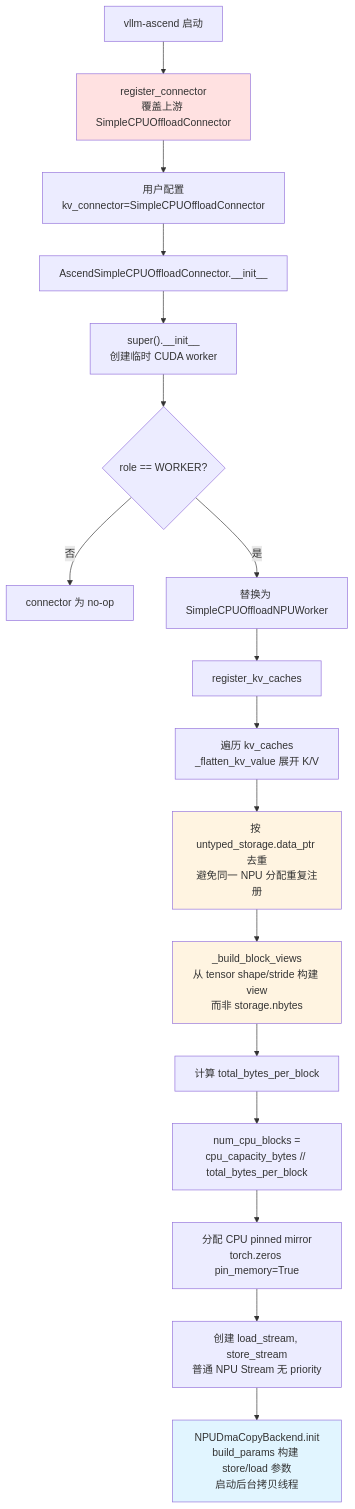
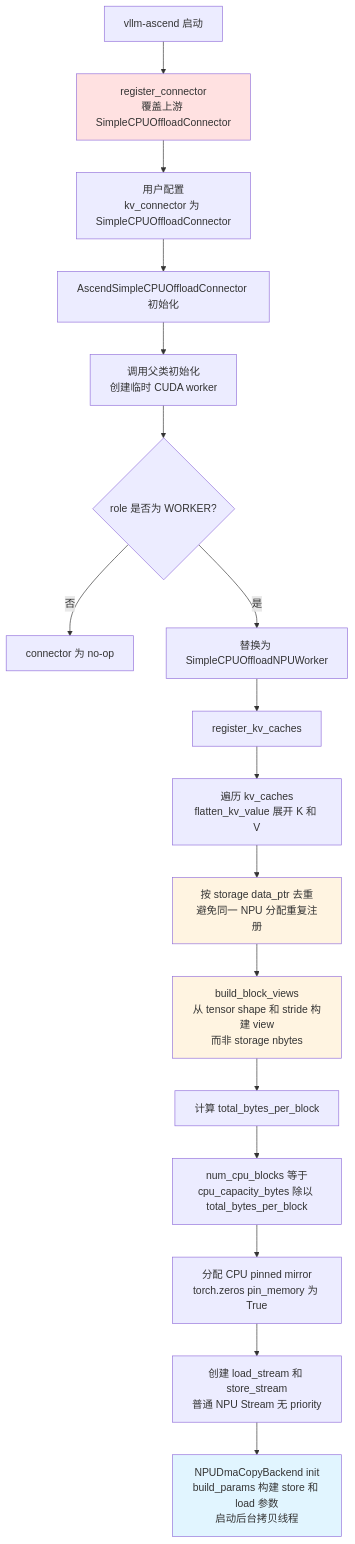
The sixth of 15 diagrams in kv-cache-cpu-offloading/02_kv-cache-cpu-offload-detailed.zh.md (Rugu7/AiNotes), drawn with Mermaid before and after one commit. The commit also changed 2 other files, not shown here.

Commit message:
fix: 彻底修复 3 个 mermaid 图表渲染问题
上次修复仅加了双引号，但 GitHub mermaid 渲染器对引号内的特殊字符
序列仍有解析问题。本次修复移除了所有可能引起歧义的特殊字符：

- 02_kv-cache-cpu-offload-detailed 3.2 节:
  - 移除 __init__ 双下划线、// 双斜杠、= 等号、/ 斜杠
  - super().__init__ -> 调用父类初始化
  - cpu_capacity_bytes // total_bytes_per_block -> cpu_capacity_bytes 除以 total_bytes_per_block
  - shape/stride -> shape 和 stride
  - kv_connector=SimpleCPUOffloadConnector -> kv_connector 为 SimpleCPUOffloadConnector

- 04_kv-cache-offload-observability-and-tests 六节:
  - 移除 / 斜杠（被 mermaid 误解析为路径分隔符）
  - transfer_size/time/type -> transfer size time type
  - cpu swap space/num blocks/rank -> cpu swap space 和 num blocks 和 rank
  - /dev/shm -> dev shm

- 01_kv-cache-history-and-evolution 9.5 节:
  - 移除 / 斜杠和 () 括号
  - NPU/GPU -> NPU 和 GPU
  - O(1) -> O 1
  - RDMA/SSD -> RDMA 和 SSD
  - P/D -> P D

修复保证逻辑含义不变，仅调整表述方式以兼容 mermaid 语法

````diff
--- a/kv-cache-cpu-offloading/02_kv-cache-cpu-offload-detailed.zh.md
+++ b/kv-cache-cpu-offloading/02_kv-cache-cpu-offload-detailed.zh.md
@@ -288,26 +288,26 @@
 ```mermaid
 flowchart TD
     A["vllm-ascend 启动"] --> B["register_connector<br/>覆盖上游 SimpleCPUOffloadConnector"]
-    B --> C["用户配置<br/>kv_connector=SimpleCPUOffloadConnector"]
+    B --> C["用户配置<br/>kv_connector 为 SimpleCPUOffloadConnector"]
 
-    C --> D["AscendSimpleCPUOffloadConnector.__init__"]
-    D --> E["super().__init__<br/>创建临时 CUDA worker"]
-    E --> F{role == WORKER?}
+    C --> D["AscendSimpleCPUOffloadConnector 初始化"]
+    D --> E["调用父类初始化<br/>创建临时 CUDA worker"]
+    E --> F{role 是否为 WORKER?}
     F -- 否 --> G["connector 为 no-op"]
     F -- 是 --> H["替换为 SimpleCPUOffloadNPUWorker"]
 
     H --> I["register_kv_caches"]
-    I --> J["遍历 kv_caches<br/>_flatten_kv_value 展开 K/V"]
-    J --> K["按 untyped_storage.data_ptr 去重<br/>避免同一 NPU 分配重复注册"]
-    K --> L["_build_block_views<br/>从 tensor shape/stride 构建 view<br/>而非 storage.nbytes"]
+    I --> J["遍历 kv_caches<br/>flatten_kv_value 展开 K 和 V"]
+    J --> K["按 storage data_ptr 去重<br/>避免同一 NPU 分配重复注册"]
+    K --> L["build_block_views<br/>从 tensor shape 和 stride 构建 view<br/>而非 storage nbytes"]
     L --> M["计算 total_bytes_per_block"]
-    M --> N["num_cpu_blocks =<br/>cpu_capacity_bytes // total_bytes_per_block"]
-    N --> O["分配 CPU pinned mirror<br/>torch.zeros pin_memory=True"]
-    O --> P["创建 load_stream, store_stream<br/>普通 NPU Stream 无 priority"]
-    P --> Q["NPUDmaCopyBackend.init<br/>build_params 构建 store/load 参数<br/>启动后台拷贝线程"]
+    M --> N["num_cpu_blocks 等于<br/>cpu_capacity_bytes 除以 total_bytes_per_block"]
+    N --> O["分配 CPU pinned mirror<br/>torch.zeros pin_memory 为 True"]
+    O --> P["创建 load_stream 和 store_stream<br/>普通 NPU Stream 无 priority"]
+    P --> Q["NPUDmaCopyBackend init<br/>build_params 构建 store 和 load 参数<br/>启动后台拷贝线程"]
 
     style B fill:#ffe1e1
     style K fill:#fff4e1
     style L fill:#fff4e1
     style Q fill:#e1f5ff
 ```
````
